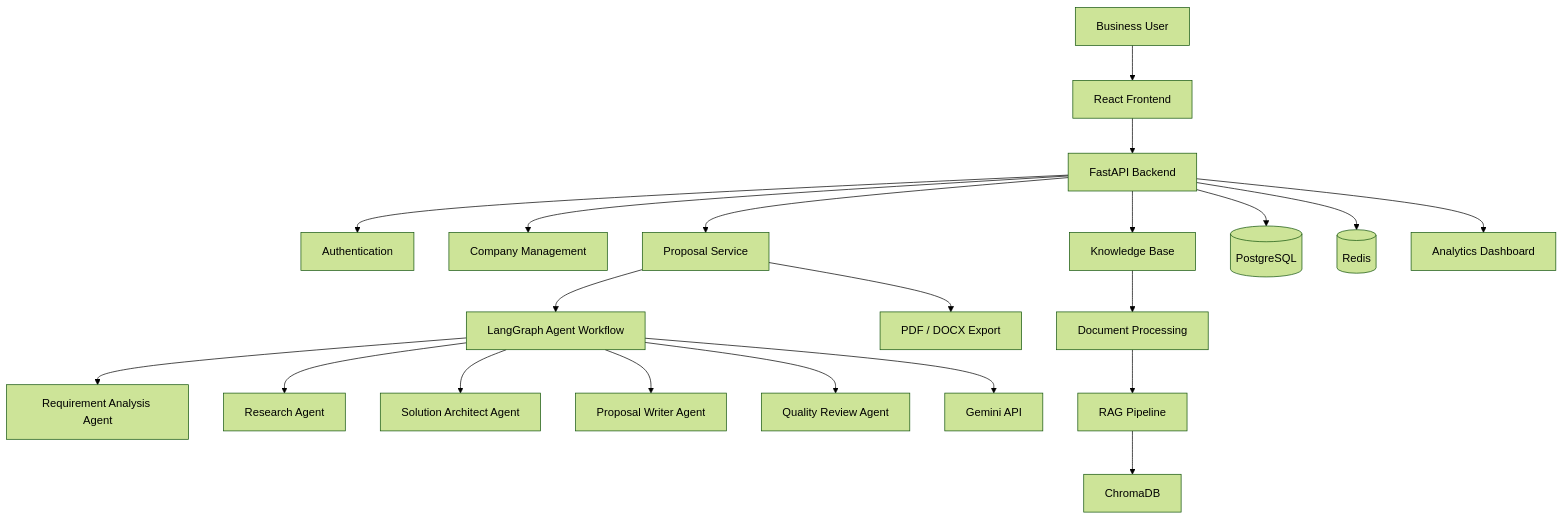
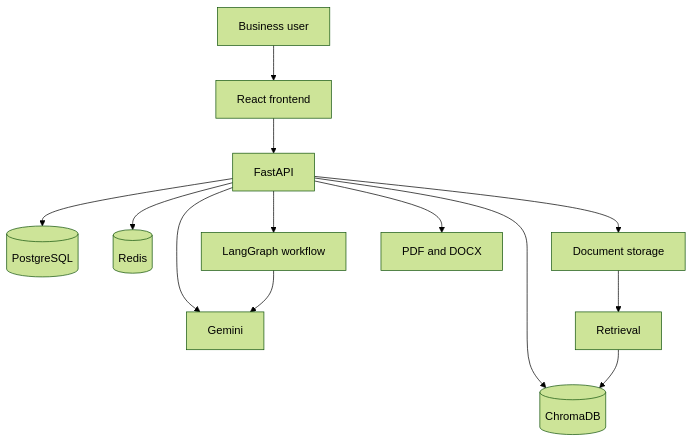
One commit to praveen0815/AI-ProposalGenie changed the diagram in README.md. Above: the diagram before and after it, drawn with Mermaid (forest theme). The commit also changed other lines of this file and 74 other files, not shown here.

Commit message:
Add proposal editing, exports, and dashboard analytics.

````diff
--- a/README.md
+++ b/README.md
@@ -30,30 +21,15 @@
 ```mermaid
 flowchart TD
-    U[Business User] --> FE[React Frontend]
-    FE --> API[FastAPI Backend]
-
-    API --> AUTH[Authentication]
-    API --> COMPANY[Company Management]
-    API --> PS[Proposal Service]
-    API --> KS[Knowledge Base]
-
-    PS --> AG[LangGraph Agent Workflow]
-
-    AG --> RA[Requirement Analysis Agent]
-    AG --> RE[Research Agent]
-    AG --> SA[Solution Architect Agent]
-    AG --> WA[Proposal Writer Agent]
-    AG --> QA[Quality Review Agent]
-
-    KS --> DOC[Document Processing]
-    DOC --> RAG[RAG Pipeline]
-    RAG --> CH[ChromaDB]
-
-    AG --> LLM[Gemini API]
-
+    U[Business user] --> FE[React frontend]
+    FE --> API[FastAPI]
     API --> PG[(PostgreSQL)]
     API --> REDIS[(Redis)]
-
-    PS --> EXPORT[PDF / DOCX Export]
-    API --> DASH[Analytics Dashboard]
+    API --> FILES[Document storage]
+    API --> CH[(ChromaDB)]
+    API --> GEM[Gemini]
+    FILES --> RAG[Retrieval]
+    RAG --> CH
+    API --> AG[LangGraph workflow]
+    AG --> GEM
+    API --> EXP[PDF and DOCX]
 ```
````
